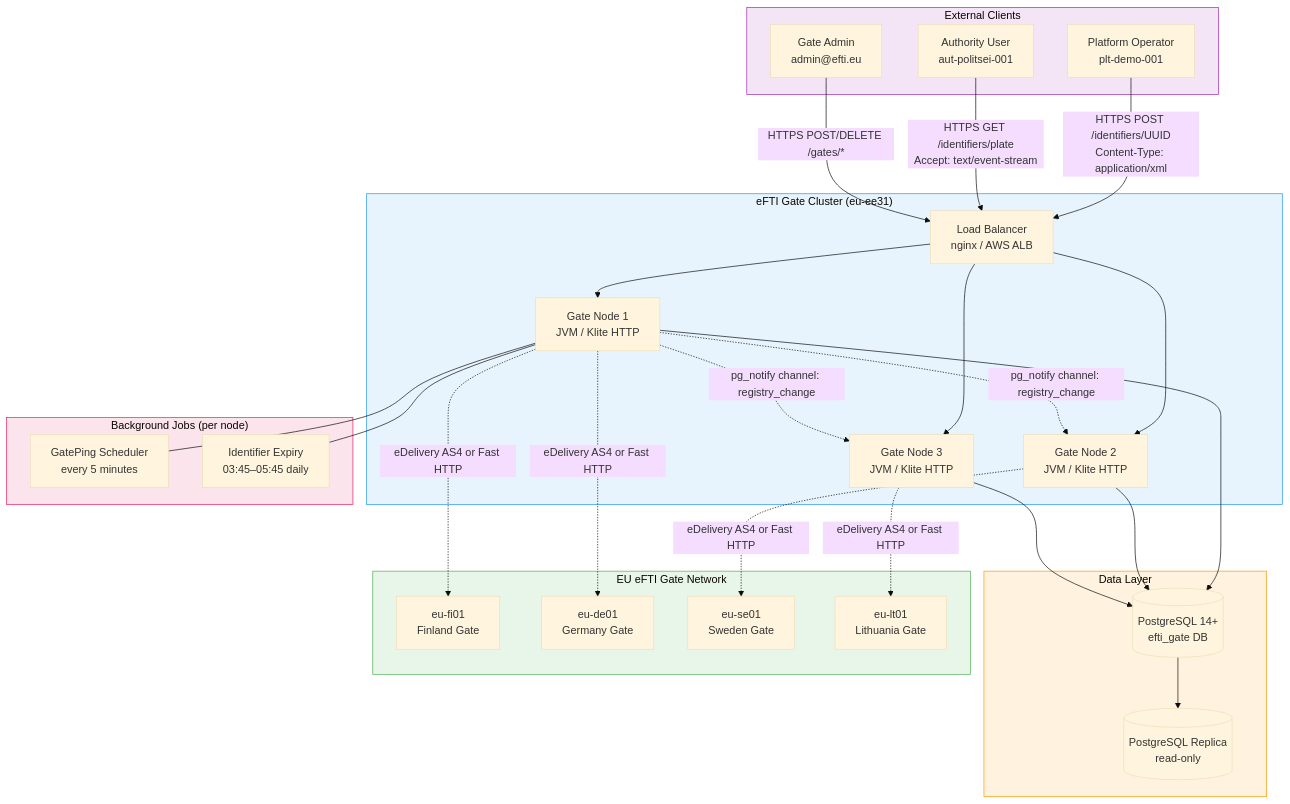
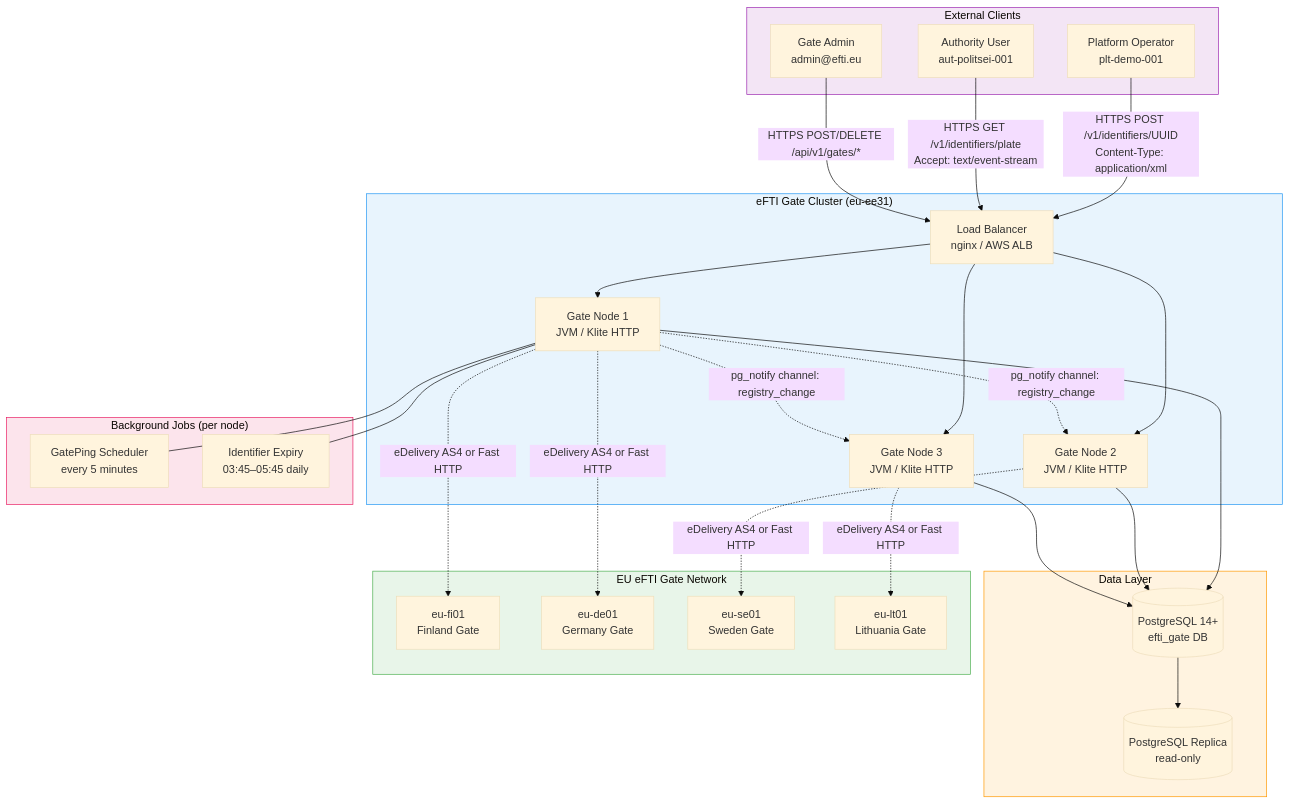
One commit to kemit-ee/efti-gate-ee changed the diagram in docs/specs/diagrams/arch-01-multi-node-deployment.mmd. Above: the diagram before and after it, drawn with Mermaid (base theme). The commit also changed 24 other files, not shown here.

```diff
--- a/docs/specs/diagrams/arch-01-multi-node-deployment.mmd
+++ b/docs/specs/diagrams/arch-01-multi-node-deployment.mmd
@@ -1,60 +1,60 @@
 graph TB
     subgraph External["External Clients"]
         Platform[Platform Operator\nplt-demo-001]
         Authority[Authority User\naut-politsei-001]
         Admin[Gate Admin\nadmin@efti.eu]
     end
 
     subgraph GateCluster["eFTI Gate Cluster (eu-ee31)"]
         LB[Load Balancer\nnginx / AWS ALB]
         Node1[Gate Node 1\nJVM / Klite HTTP]
         Node2[Gate Node 2\nJVM / Klite HTTP]
         Node3[Gate Node 3\nJVM / Klite HTTP]
 
         LB --> Node1
         LB --> Node2
         LB --> Node3
     end
 
     subgraph DataLayer["Data Layer"]
         DB[(PostgreSQL 14+\nefti_gate DB)]
         DBReplica[(PostgreSQL Replica\nread-only)]
     end
 
     subgraph BackgroundJobs["Background Jobs (per node)"]
         PingJob[GatePing Scheduler\nevery 5 minutes]
         ExpiryJob[Identifier Expiry\n03:45–05:45 daily]
     end
 
     subgraph EUGates["EU eFTI Gate Network"]
         GateFI[eu-fi01\nFinland Gate]
         GateDE[eu-de01\nGermany Gate]
         GateSE[eu-se01\nSweden Gate]
         GateLT[eu-lt01\nLithuania Gate]
     end
 
-    Platform -->|HTTPS POST /identifiers/UUID\nContent-Type: application/xml| LB
-    Authority -->|HTTPS GET /identifiers/plate\nAccept: text/event-stream| LB
-    Admin -->|HTTPS POST/DELETE /gates/*| LB
+    Platform -->|HTTPS POST /v1/identifiers/UUID\nContent-Type: application/xml| LB
+    Authority -->|HTTPS GET /v1/identifiers/plate\nAccept: text/event-stream| LB
+    Admin -->|HTTPS POST/DELETE /api/v1/gates/*| LB
 
     Node1 --> DB
     Node2 --> DB
     Node3 --> DB
     DB --> DBReplica
 
     Node1 -.->|pg_notify channel: registry_change| Node2
     Node1 -.->|pg_notify channel: registry_change| Node3
 
     Node1 --- PingJob
     Node1 --- ExpiryJob
 
     Node1 -.->|eDelivery AS4 or Fast HTTP| GateFI
     Node1 -.->|eDelivery AS4 or Fast HTTP| GateDE
     Node2 -.->|eDelivery AS4 or Fast HTTP| GateSE
     Node3 -.->|eDelivery AS4 or Fast HTTP| GateLT
 
     style GateCluster fill:#e8f4fd,stroke:#2196F3
     style DataLayer fill:#fff3e0,stroke:#FF9800
     style External fill:#f3e5f5,stroke:#9C27B0
     style EUGates fill:#e8f5e9,stroke:#4CAF50
     style BackgroundJobs fill:#fce4ec,stroke:#E91E63
```
